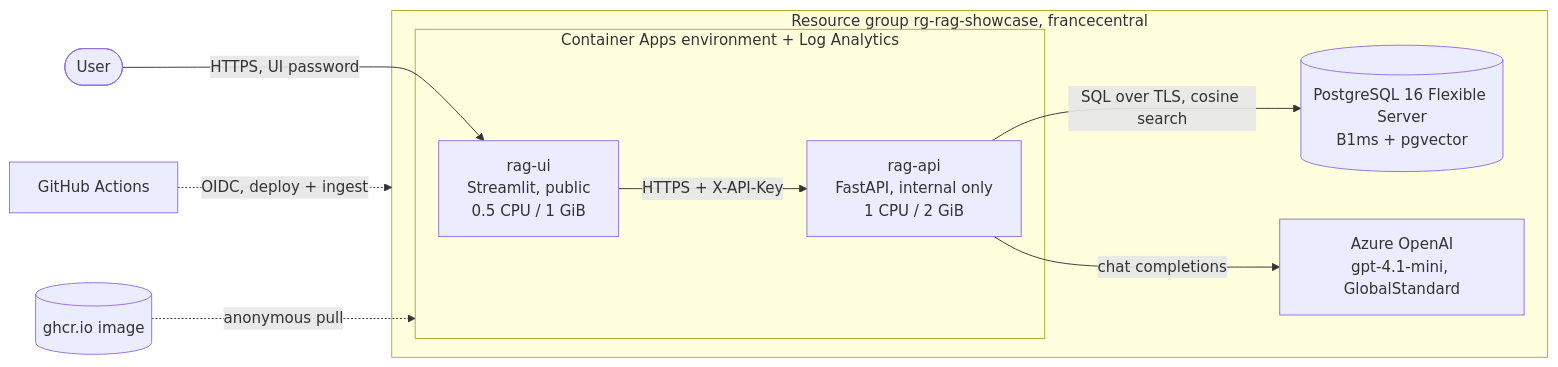
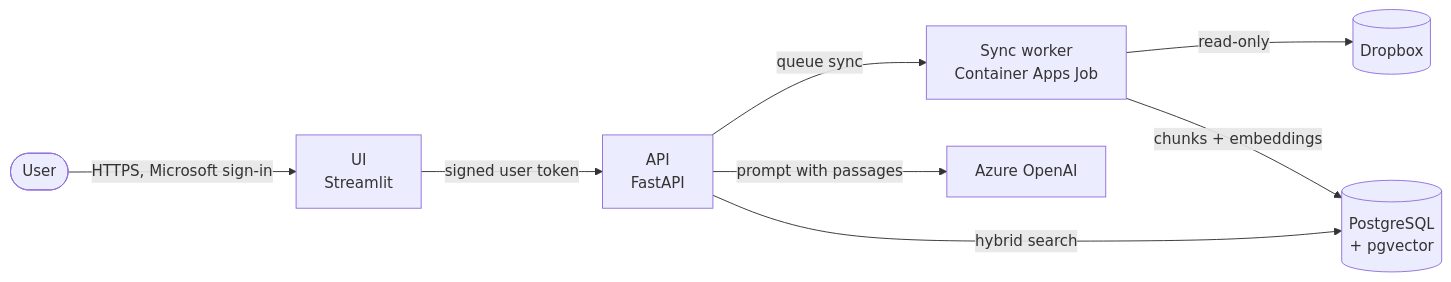
One commit to adranale/rag-showcase changed the diagram in README.md. Above: the diagram before and after it, drawn with Mermaid. The commit also changed other lines of this file and 8 other files, not shown here.

````diff
--- a/README.md
+++ b/README.md
@@ -234,17 +35,10 @@
 ```mermaid
 flowchart LR
-    user([User]) -->|HTTPS, UI password| ui
-    subgraph rg[Resource group rg-rag-showcase, francecentral]
-        subgraph cae[Container Apps environment + Log Analytics]
-            ui[rag-ui<br/>Streamlit, public<br/>0.5 CPU / 1 GiB]
-            api[rag-api<br/>FastAPI, internal only<br/>1 CPU / 2 GiB]
-        end
-        pg[(PostgreSQL 16 Flexible Server<br/>B1ms + pgvector)]
-        aoai[Azure OpenAI<br/>gpt-4.1-mini, GlobalStandard]
-    end
-    ui -->|HTTPS + X-API-Key| api
-    api -->|SQL over TLS, cosine search| pg
-    api -->|chat completions| aoai
-    gha[GitHub Actions] -.->|OIDC, deploy + ingest| rg
-    ghcr[(ghcr.io image)] -.->|anonymous pull| cae
+    user([User]) -->|HTTPS, Microsoft sign-in| ui[UI<br/>Streamlit]
+    ui -->|signed user token| api[API<br/>FastAPI]
+    api -->|queue sync| worker[Sync worker<br/>Container Apps Job]
+    worker -->|read-only| dropbox[(Dropbox)]
+    worker -->|chunks + embeddings| pg[(PostgreSQL<br/>+ pgvector)]
+    api -->|hybrid search| pg
+    api -->|prompt with passages| llm[Azure OpenAI]
 ```
````
